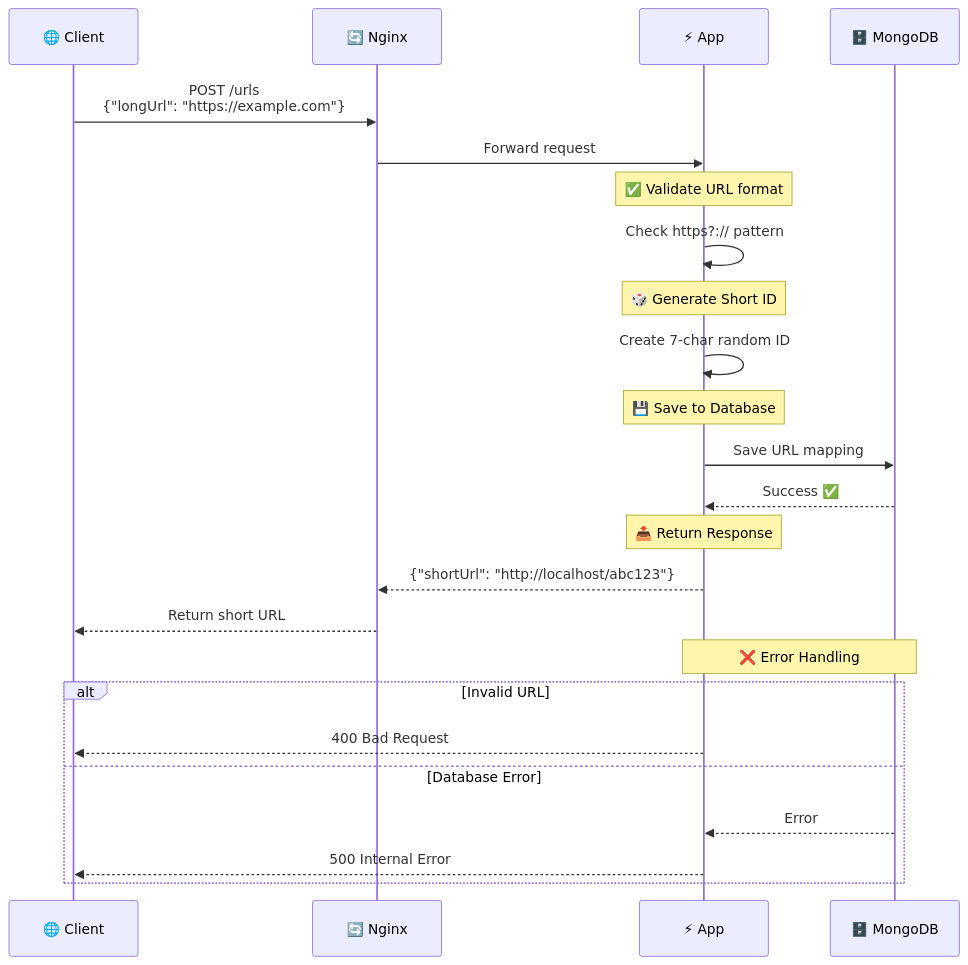
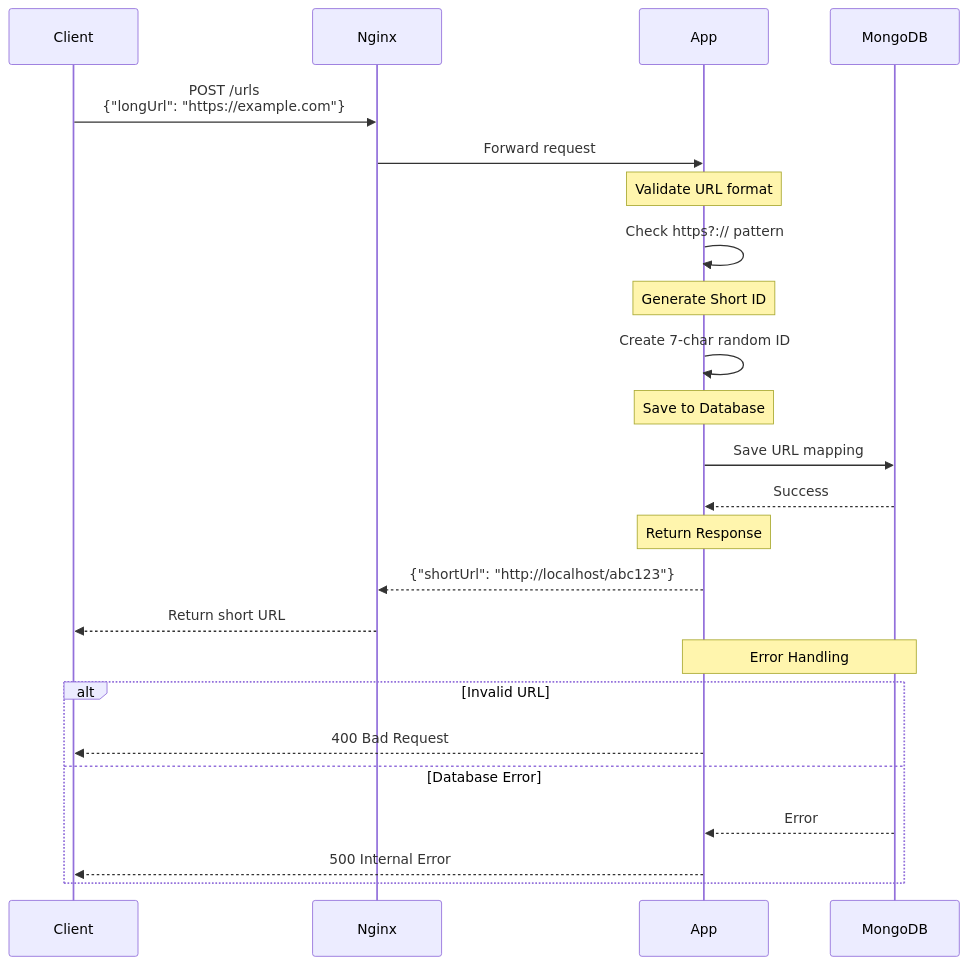
Before and after one commit to Shahriarin2garden/url-shortener-lab02-feature-nginx-layer: the seventh of 13 diagrams in url-shortener-lab02-feature-nginx-layer/README.md, drawn with Mermaid. The commit also changed other lines of this file, not shown here.

````diff
--- a/url-shortener-lab02-feature-nginx-layer/README.md
+++ b/url-shortener-lab02-feature-nginx-layer/README.md
@@ -280,32 +316,32 @@
 ```mermaid
 sequenceDiagram
-    participant C as 🌐 Client
-    participant N as 🔄 Nginx
-    participant A as ⚡ App
-    participant DB as 🗄️ MongoDB
-    
+    participant C as Client
+    participant N as Nginx
+    participant A as App
+    participant DB as MongoDB
+
     C->>N: POST /urls<br/>{"longUrl": "https://example.com"}
     N->>A: Forward request
-    
-    Note over A: ✅ Validate URL format
+
+    Note over A: Validate URL format
     A->>A: Check https?:// pattern
-    
-    Note over A: 🎲 Generate Short ID
+
+    Note over A: Generate Short ID
     A->>A: Create 7-char random ID
-    
-    Note over A: 💾 Save to Database
+
+    Note over A: Save to Database
     A->>DB: Save URL mapping
-    DB-->>A: Success ✅
-    
-    Note over A: 📤 Return Response
+    DB-->>A: Success
+
+    Note over A: Return Response
     A-->>N: {"shortUrl": "http://localhost/abc123"}
     N-->>C: Return short URL
-    
-    Note over A,DB: ❌ Error Handling
+
+    Note over A,DB: Error Handling
     alt Invalid URL
         A-->>C: 400 Bad Request
     else Database Error
         DB-->>A: Error
         A-->>C: 500 Internal Error
     end
 ```
````
